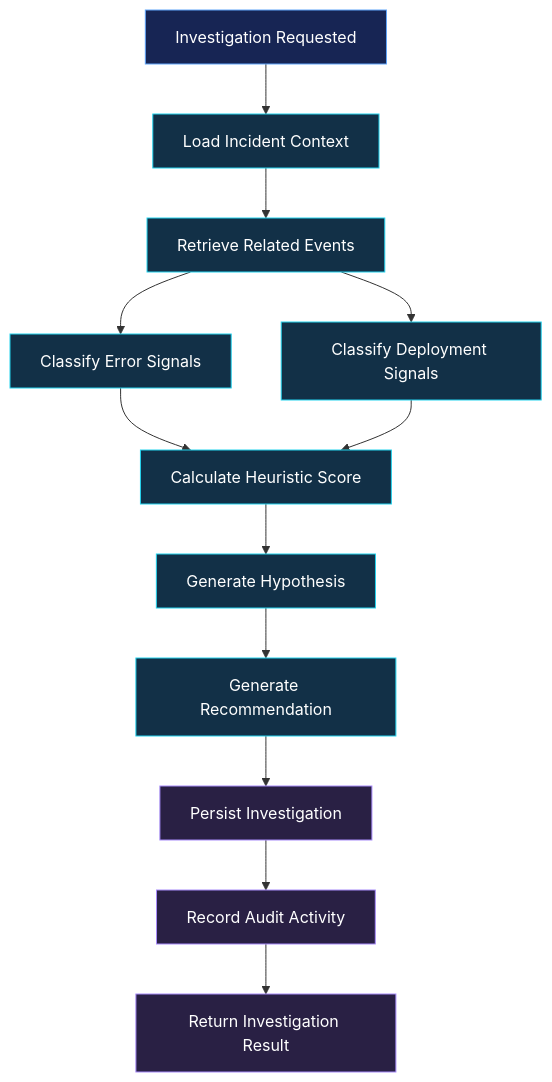
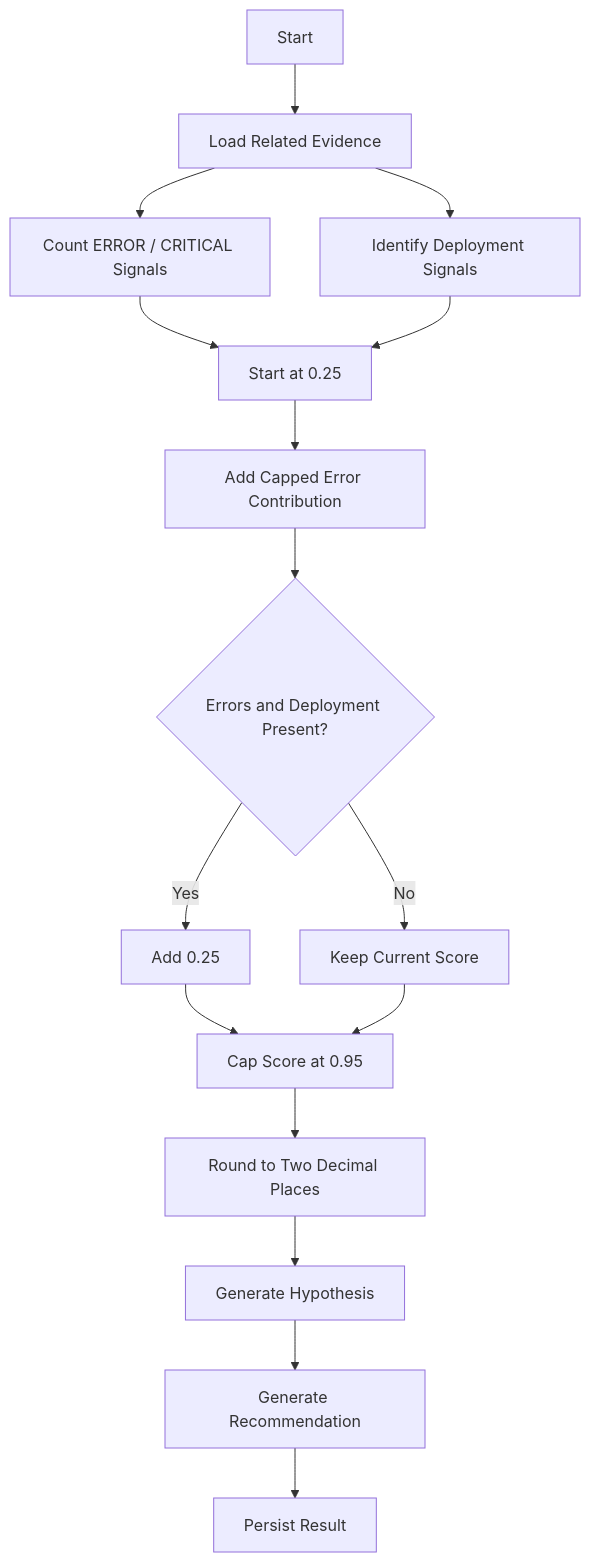
The fourth of 8 diagrams in README.md (akankshad1712/opspilot-ai), drawn with Mermaid before and after one commit. The commit also changed other lines of this file, not shown here.

````diff
--- a/README.md
+++ b/README.md
@@ -210,24 +273,23 @@
 ```mermaid
 flowchart TD
-    A["Investigation Requested"] --> B["Load Incident Context"]
-    B --> C["Retrieve Related Events"]
-    C --> D["Classify Error Signals"]
-    C --> E["Classify Deployment Signals"]
+    A["Start"] --> B["Load Related Evidence"]
+    B --> C["Count ERROR / CRITICAL Signals"]
+    B --> D["Identify Deployment Signals"]
 
-    D --> F["Calculate Heuristic Score"]
-    E --> F
+    C --> E["Start at 0.25"]
+    D --> E
 
-    F --> G["Generate Hypothesis"]
-    G --> H["Generate Recommendation"]
-    H --> I["Persist Investigation"]
-    I --> J["Record Audit Activity"]
-    J --> K["Return Investigation Result"]
+    E --> F["Add Capped Error Contribution"]
+    F --> G{"Errors and Deployment Present?"}
 
-    classDef input fill:#172554,stroke:#60A5FA,color:#fff
-    classDef process fill:#123047,stroke:#22D3EE,color:#fff
-    classDef output fill:#292044,stroke:#A78BFA,color:#fff
+    G -->|Yes| H["Add 0.25"]
+    G -->|No| I["Keep Current Score"]
 
-    class A input
-    class B,C,D,E,F,G,H process
-    class I,J,K output
+    H --> J["Cap Score at 0.95"]
+    I --> J
+
+    J --> K["Round to Two Decimal Places"]
+    K --> L["Generate Hypothesis"]
+    L --> M["Generate Recommendation"]
+    M --> N["Persist Result"]
 ```
````
